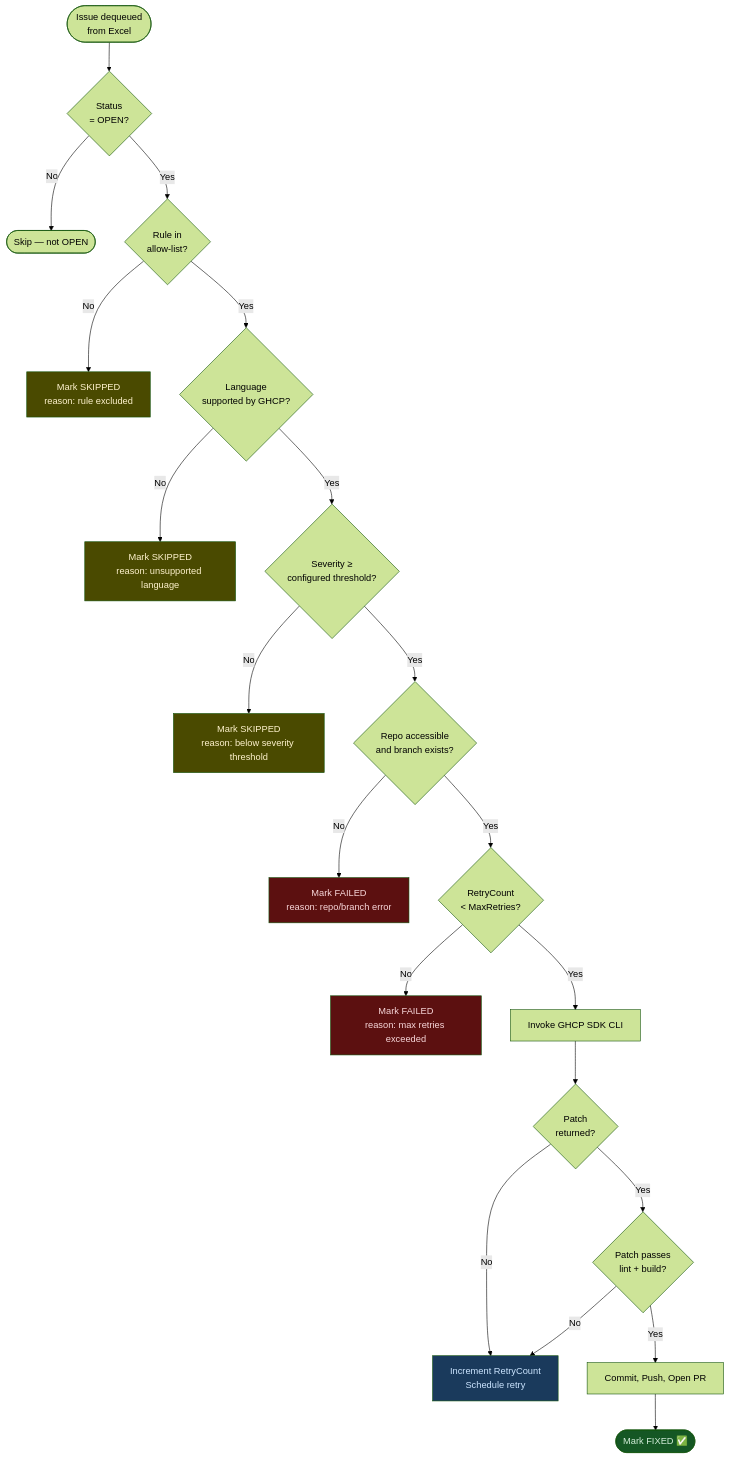
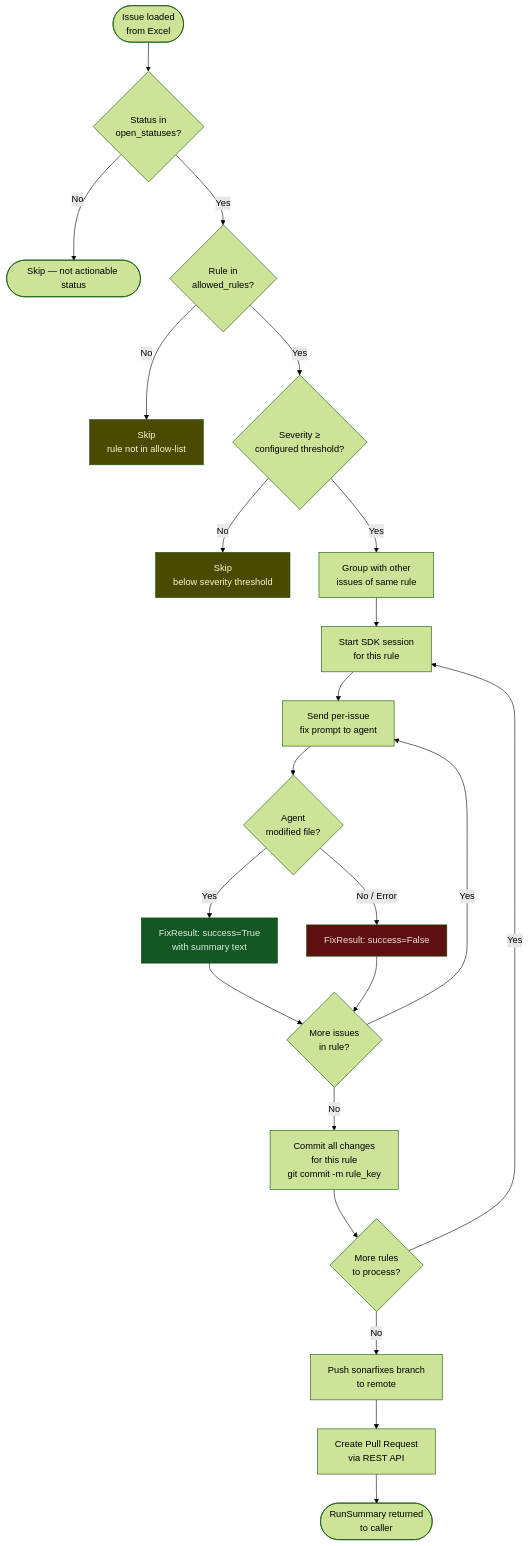
The seventh of 10 diagrams in README.md (HiteshDutt/sonar-auto-fix-test), drawn with Mermaid (forest theme) before and after one commit. The commit also changed other lines of this file and 1 other file, not shown here.

````diff
--- a/README.md
+++ b/README.md
@@ -291,30 +378,29 @@
 ```mermaid
 flowchart TD
-    A([Issue dequeued\nfrom Excel]) --> B{Status\n= OPEN?}
-    B -- No --> Z1([Skip — not OPEN])
-    B -- Yes --> C{Rule in\nallow-list?}
-    C -- No --> Z2[Mark SKIPPED\nreason: rule excluded]
-    C -- Yes --> D{Language\nsupported by GHCP?}
-    D -- No --> Z3[Mark SKIPPED\nreason: unsupported language]
-    D -- Yes --> E{Severity ≥\nconfigured threshold?}
-    E -- No --> Z4[Mark SKIPPED\nreason: below severity threshold]
-    E -- Yes --> F{Repo accessible\nand branch exists?}
-    F -- No --> Z5[Mark FAILED\nreason: repo/branch error]
-    F -- Yes --> G{RetryCount\n< MaxRetries?}
-    G -- No --> Z6[Mark FAILED\nreason: max retries exceeded]
-    G -- Yes --> H[Invoke GHCP SDK CLI]
-    H --> I{Patch\nreturned?}
-    I -- No --> J[Increment RetryCount\nSchedule retry]
-    I -- Yes --> K{Patch passes\nlint + build?}
-    K -- No --> J
-    K -- Yes --> L[Commit, Push, Open PR]
-    L --> M([Mark FIXED ✅])
+    A([Issue loaded<br/>from Excel]) --> B{Status in<br/>open_statuses?}
+    B -- No --> Z1([Skip — not actionable status])
+    B -- Yes --> C{Rule in<br/>allowed_rules?}
+    C -- No --> Z2[Skip<br/>rule not in allow-list]
+    C -- Yes --> D{Severity ≥<br/>configured threshold?}
+    D -- No --> Z3[Skip<br/>below severity threshold]
+    D -- Yes --> E[Group with other<br/>issues of same rule]
+    E --> F[Start SDK session<br/>for this rule]
+    F --> G[Send per-issue<br/>fix prompt to agent]
+    G --> H{Agent<br/>modified file?}
+    H -- No / Error --> I[FixResult: success=False]
+    H -- Yes --> J[FixResult: success=True<br/>with summary text]
+    J --> K{More issues<br/>in rule?}
+    I --> K
+    K -- Yes --> G
+    K -- No --> L[Commit all changes<br/>for this rule<br/>git commit -m rule_key]
+    L --> M{More rules<br/>to process?}
+    M -- Yes --> F
+    M -- No --> N[Push sonarfixes branch<br/>to remote]
+    N --> O[Create Pull Request<br/>via REST API]
+    O --> P([RunSummary returned<br/>to caller])
 
-    style M fill:#155724,color:#d4edda
+    style J fill:#155724,color:#d4edda
+    style I fill:#5c1010,color:#f8d7da
     style Z2 fill:#4a4a00,color:#fff3cd
     style Z3 fill:#4a4a00,color:#fff3cd
-    style Z4 fill:#4a4a00,color:#fff3cd
-    style Z5 fill:#5c1010,color:#f8d7da
-    style Z6 fill:#5c1010,color:#f8d7da
-    style J  fill:#1a3a5c,color:#cce5ff
 ```
````
